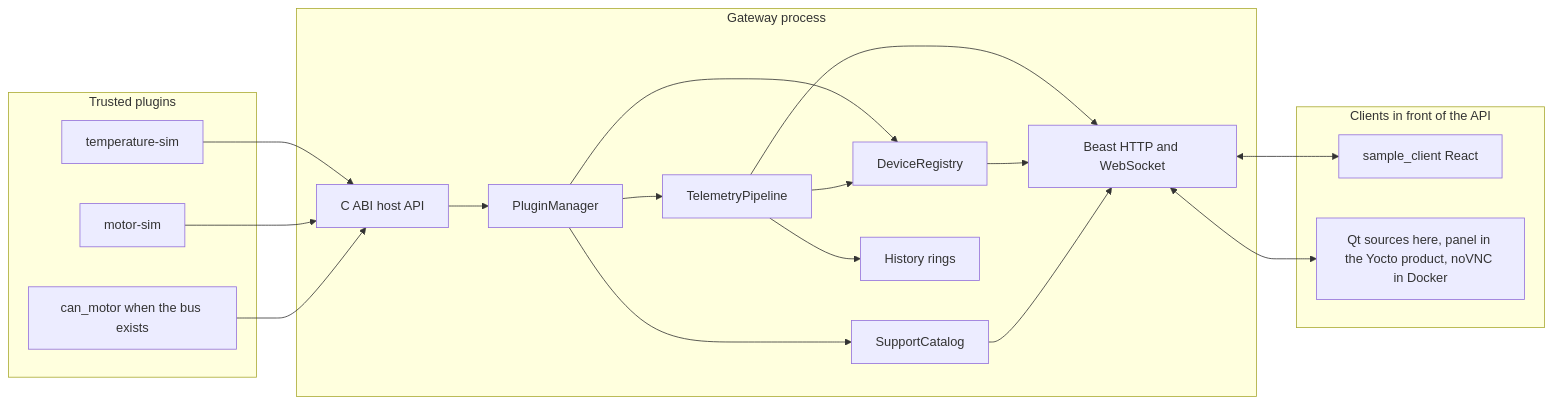
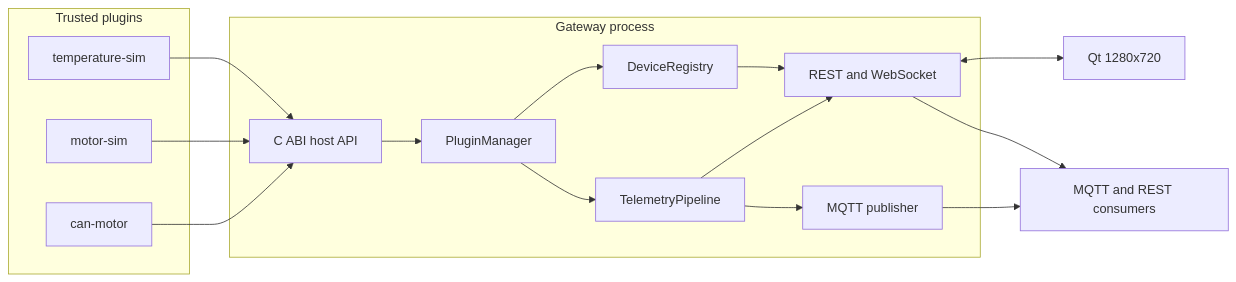
Before and after one commit to fbrase799/open_gateway: the diagram in PLAN.md, drawn with Mermaid. The commit also changed other lines of this file and 2 other files, not shown here.

````diff
--- a/PLAN.md
+++ b/PLAN.md
@@ -73,38 +60,33 @@
 ```mermaid
 flowchart LR
   subgraph plugins [Trusted plugins]
     Temp[temperature-sim]
     Motor[motor-sim]
-    CAN[can_motor when the bus exists]
+    CAN[can-motor]
   end
 
   subgraph host [Gateway process]
     ABI[C ABI host API]
     PM[PluginManager]
-    CAT[SupportCatalog]
     REG[DeviceRegistry]
     TEL[TelemetryPipeline]
-    HIS[History rings]
-    API[Beast HTTP and WebSocket]
+    API[REST and WebSocket]
+    MQTT[MQTT publisher]
     ABI --> PM
     PM --> REG
-    PM --> CAT
     PM --> TEL
-    TEL --> REG
-    TEL --> HIS
     TEL --> API
+    TEL --> MQTT
     REG --> API
-    CAT --> API
   end
 
-  subgraph clients [Clients in front of the API]
-    WEB[sample_client React]
-    QT[Qt sources here, panel in the Yocto product, noVNC in Docker]
-  end
+  UI[Qt 1280x720]
+  Consumers[MQTT and REST consumers]
 
   Temp --> ABI
   Motor --> ABI
   CAN --> ABI
-  API <--> WEB
-  API <--> QT
+  API <--> UI
+  API --> Consumers
+  MQTT --> Consumers
 ```
````
